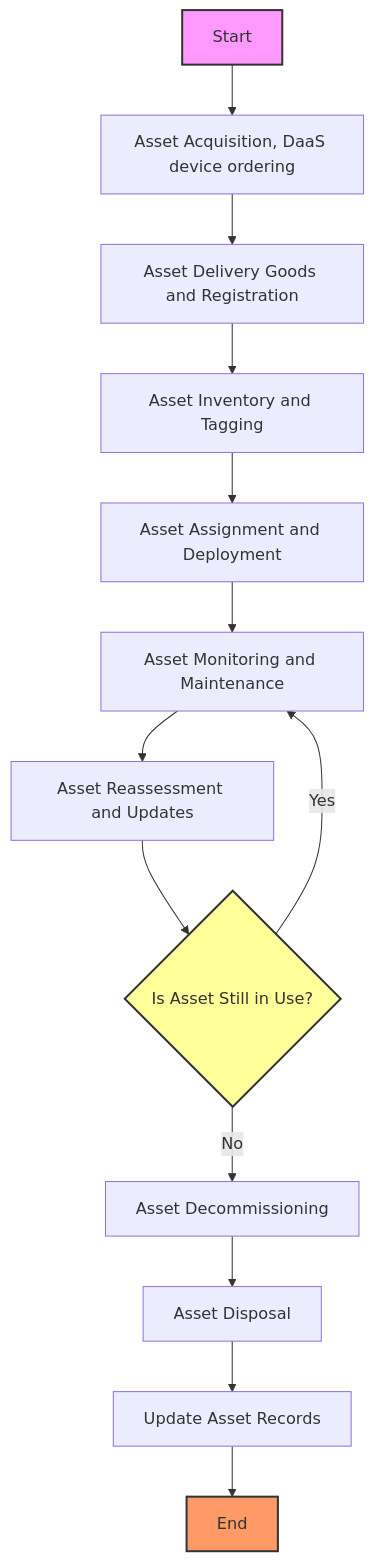
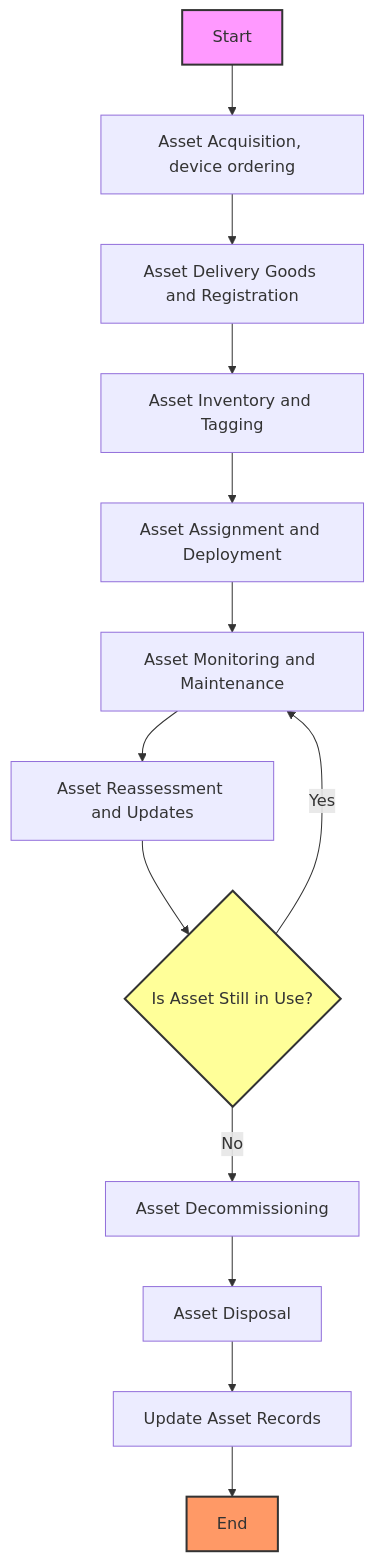
One commit to pluto133/- changed the diagram in asset mgmt/asset.md. Above: the diagram before and after it, drawn with Mermaid.

````diff
--- a/asset mgmt/asset.md
+++ b/asset mgmt/asset.md
@@ -1,20 +1,20 @@
 ```mermaid
 flowchart TD
-    A[Start] --> C[Asset Acquisition, DaaS device ordering]
+    A[Start] --> C[Asset Acquisition, device ordering]
     C --> D[Asset Delivery Goods and Registration]
     D --> E[Asset Inventory and Tagging]
     E --> F[Asset Assignment and Deployment]
     F --> G[Asset Monitoring and Maintenance]
     G --> H[Asset Reassessment and Updates]
     H --> I{Is Asset Still in Use?}
     I -->|Yes| G
     I -->|No| J[Asset Decommissioning]
     J --> K[Asset Disposal]
     K --> L[Update Asset Records]
     L --> M[End]
 
     %% Styling for clarity
     style A fill:#f9f,stroke:#333,stroke-width:2px
     style M fill:#f96,stroke:#333,stroke-width:2px
     style I fill:#ff9,stroke:#333,stroke-width:2px
 ```
````
